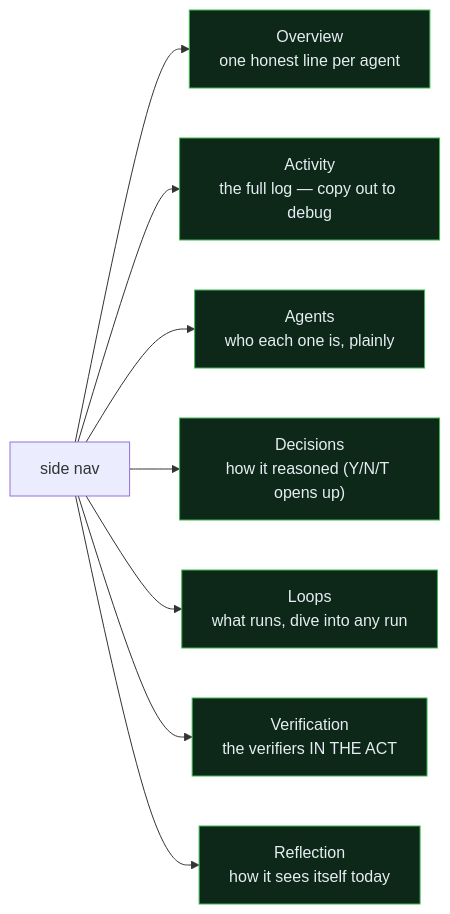
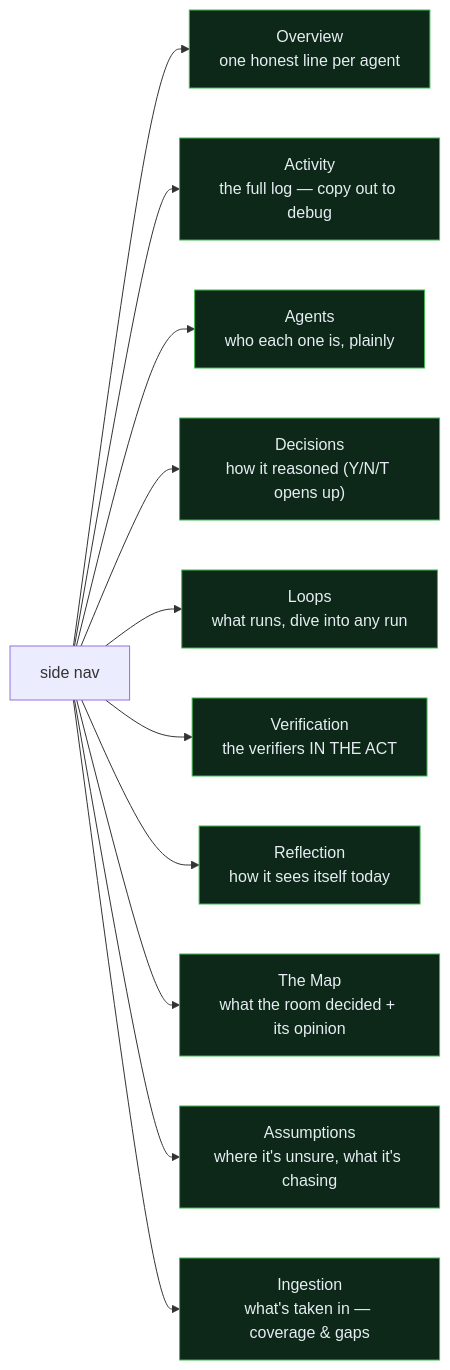
Before and after one commit to ClumsyWizardHands/trellis: diagram 16 of 17 in docs/VISUAL-TOUR.md, drawn with Mermaid. The commit also changed other lines of this file and 5 other files, not shown here.

````diff
--- a/docs/VISUAL-TOUR.md
+++ b/docs/VISUAL-TOUR.md
@@ -423,12 +492,15 @@
 ```mermaid
 flowchart LR
     NAV["side nav"] --> HOME["Overview<br/>one honest line per agent"]
     NAV --> ACT["Activity<br/>the full log — copy out to debug"]
     NAV --> AG["Agents<br/>who each one is, plainly"]
     NAV --> DEC["Decisions<br/>how it reasoned (Y/N/T opens up)"]
     NAV --> LP["Loops<br/>what runs, dive into any run"]
     NAV --> VE["Verification<br/>the verifiers IN THE ACT"]
     NAV --> RE["Reflection<br/>how it sees itself today"]
+    NAV --> MAP["The Map<br/>what the room decided + its opinion"]
+    NAV --> ASK["Assumptions<br/>where it's unsure, what it's chasing"]
+    NAV --> IN["Ingestion<br/>what's taken in — coverage & gaps"]
     classDef p fill:#0d2818,stroke:#3fb950,color:#e6edf3
-    class HOME,ACT,AG,DEC,LP,VE,RE p
+    class HOME,ACT,AG,DEC,LP,VE,RE,MAP,ASK,IN p
 ```
````
